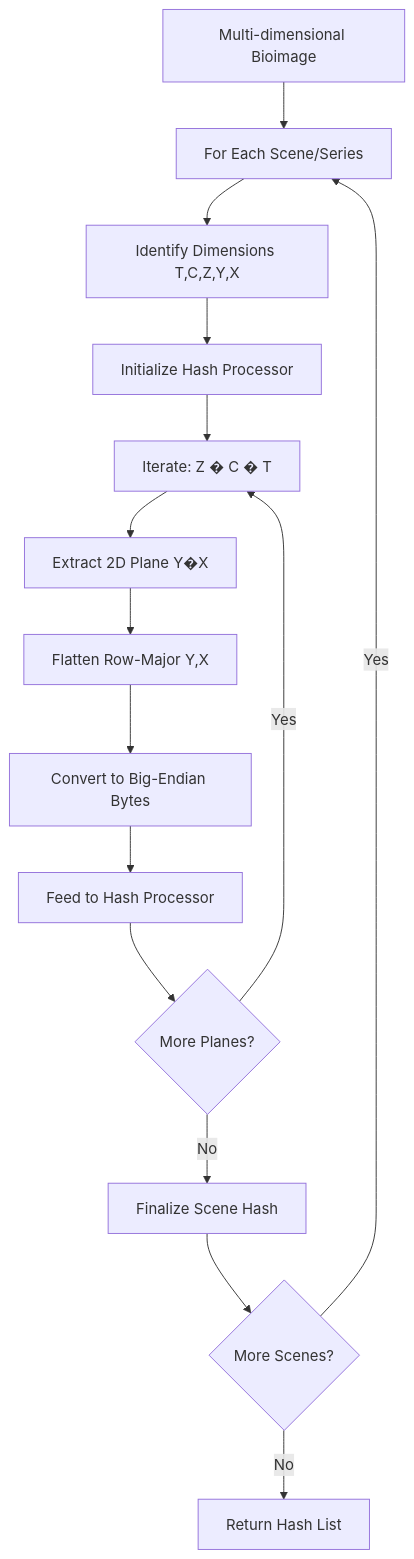
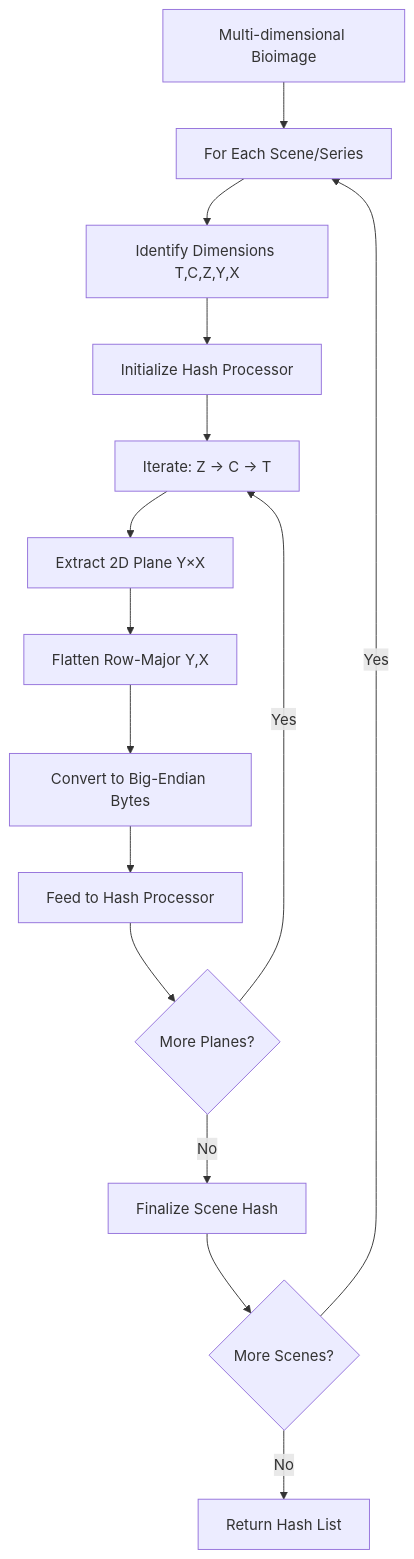
One commit to bio-codes/iscc-bio changed the diagram in docs/specifications/imagewalk.md. Above: the diagram before and after it, drawn with Mermaid. The commit also changed other lines of this file, not shown here.

````diff
--- a/docs/specifications/imagewalk.md
+++ b/docs/specifications/imagewalk.md
@@ -82,17 +82,17 @@
 ```mermaid
 graph TD
     A[Multi-dimensional Bioimage] --> B[For Each Scene/Series]
     B --> C[Identify Dimensions T,C,Z,Y,X]
     C --> D[Initialize Hash Processor]
-    D --> E[Iterate: Z � C � T]
-    E --> F[Extract 2D Plane Y�X]
+    D --> E[Iterate: Z → C → T]
+    E --> F[Extract 2D Plane Y×X]
     F --> G[Flatten Row-Major Y,X]
     G --> H[Convert to Big-Endian Bytes]
     H --> I[Feed to Hash Processor]
     I --> J{More Planes?}
     J -->|Yes| E
     J -->|No| K[Finalize Scene Hash]
     K --> L{More Scenes?}
     L -->|Yes| B
     L -->|No| M[Return Hash List]
 ```
````
